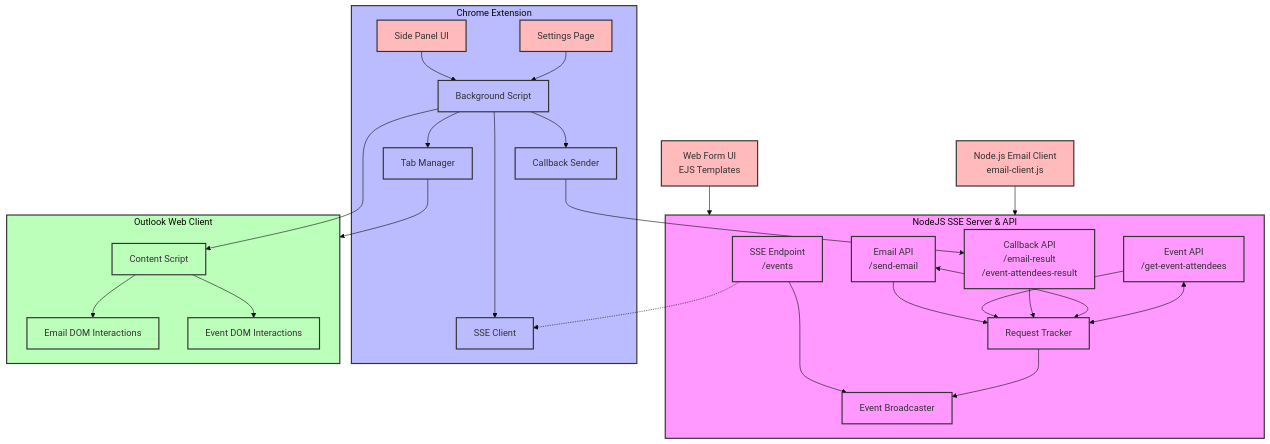
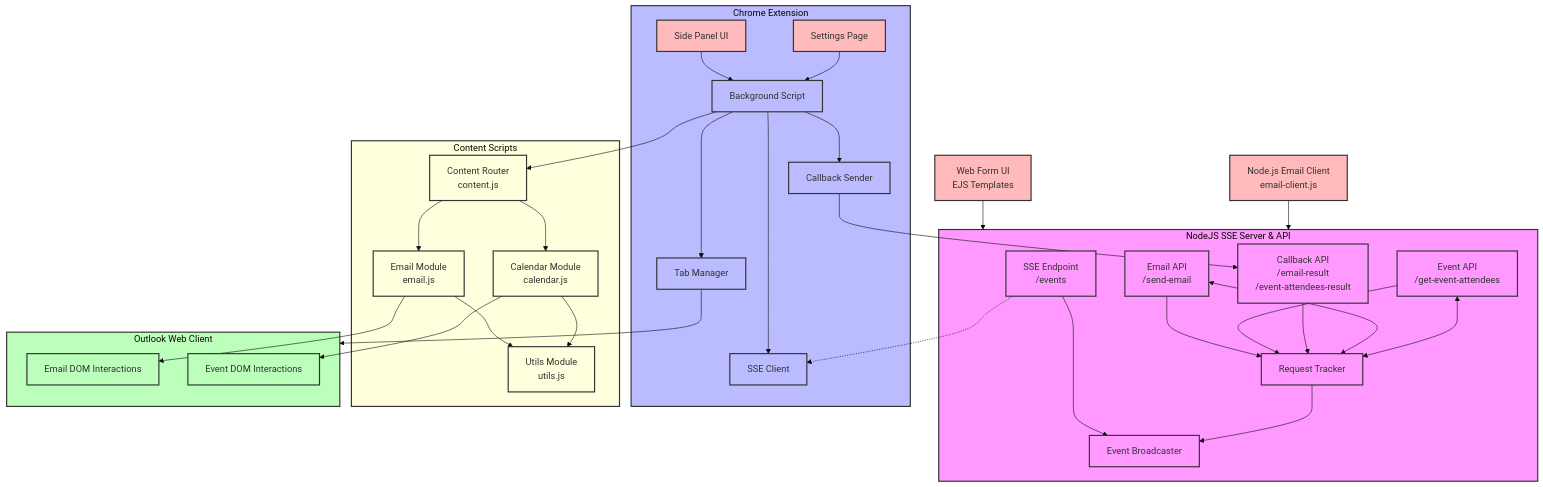
Before and after one commit to psycho-baller/local-outlook-api: the diagram in Architecture.md, drawn with Mermaid (base theme). The commit also changed other lines of this file and 5 other files, not shown here.

Commit message:
Refactor content script

````diff
--- a/Architecture.md
+++ b/Architecture.md
@@ -39,49 +39,59 @@
 ```mermaid
 graph TB
     %% Define the main components
     WebFormUI[Web Form UI<br>EJS Templates] --> NodeJSServer
     EmailClient[Node.js Email Client<br>email-client.js] --> NodeJSServer
     
     %% NodeJS Server components
     subgraph NodeJSServer [NodeJS SSE Server & API]
         SSEEndpoint[SSE Endpoint<br>/events] --> EventBroadcaster[Event Broadcaster]
         EmailAPI[Email API<br>/send-email] --> RequestTracker[Request Tracker]
         EventAPI[Event API<br>/get-event-attendees] --> RequestTracker
         CallbackAPI[Callback API<br>/email-result<br>/event-attendees-result] --> RequestTracker
         RequestTracker --> EventBroadcaster
     end
     
     %% Chrome Extension components
     subgraph ChromeExtension [Chrome Extension]
         BackgroundScript --> SSEClient[SSE Client]
         BackgroundScript --> TabManager[Tab Manager]
         BackgroundScript --> CallbackSender[Callback Sender]
         SidePanel[Side Panel UI] --> BackgroundScript[Background Script]
         SettingsPage[Settings Page] --> BackgroundScript
     end
     
+    %% Content Script components
+    subgraph ContentScripts [Content Scripts]
+        ContentRouter[Content Router<br>content.js] --> EmailModule[Email Module<br>email.js]
+        ContentRouter --> CalendarModule[Calendar Module<br>calendar.js]
+        EmailModule --> UtilsModule[Utils Module<br>utils.js]
+        CalendarModule --> UtilsModule
+    end
+    
     %% Outlook Web Client components
     subgraph OutlookWebClient [Outlook Web Client]
-        ContentScript[Content Script] --> EmailDOM[Email DOM Interactions]
-        ContentScript --> EventDOM[Event DOM Interactions]
+        EmailModule --> EmailDOM[Email DOM Interactions]
+        CalendarModule --> EventDOM[Event DOM Interactions]
     end
     
     %% Connections between components
     SSEEndpoint -.-> SSEClient
     EmailAPI <--> RequestTracker
     EventAPI <--> RequestTracker
     CallbackSender --> CallbackAPI
-    BackgroundScript --> ContentScript
+    BackgroundScript --> ContentRouter
     TabManager --> OutlookWebClient
     
     %% Styling
     classDef server fill:#f9f,stroke:#333,stroke-width:2px
     classDef extension fill:#bbf,stroke:#333,stroke-width:2px
+    classDef contentscripts fill:#ffd,stroke:#333,stroke-width:2px
     classDef client fill:#bfb,stroke:#333,stroke-width:2px
     classDef ui fill:#fbb,stroke:#333,stroke-width:2px
     
     class NodeJSServer,SSEEndpoint,EmailAPI,EventAPI,CallbackAPI,RequestTracker,EventBroadcaster server
     class ChromeExtension,BackgroundScript,SSEClient,TabManager,CallbackSender extension
-    class OutlookWebClient,ContentScript,EmailDOM,EventDOM client
+    class ContentScripts,ContentRouter,EmailModule,CalendarModule,UtilsModule contentscripts
+    class OutlookWebClient,EmailDOM,EventDOM client
     class WebFormUI,EmailClient,SidePanel,SettingsPage ui
 ```
````
